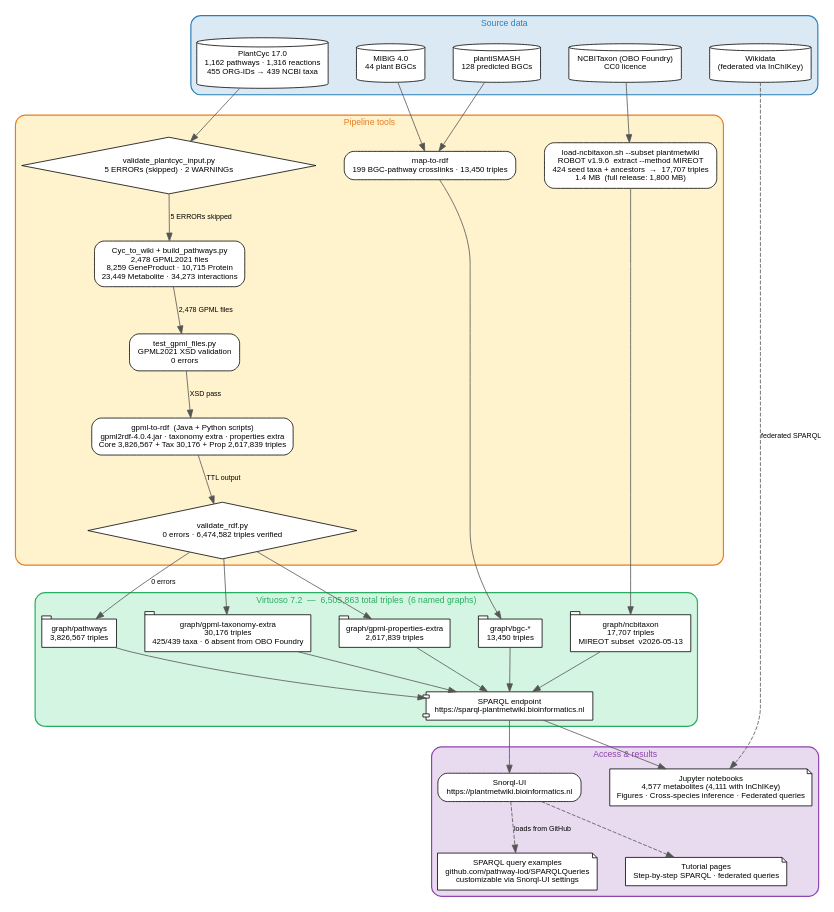
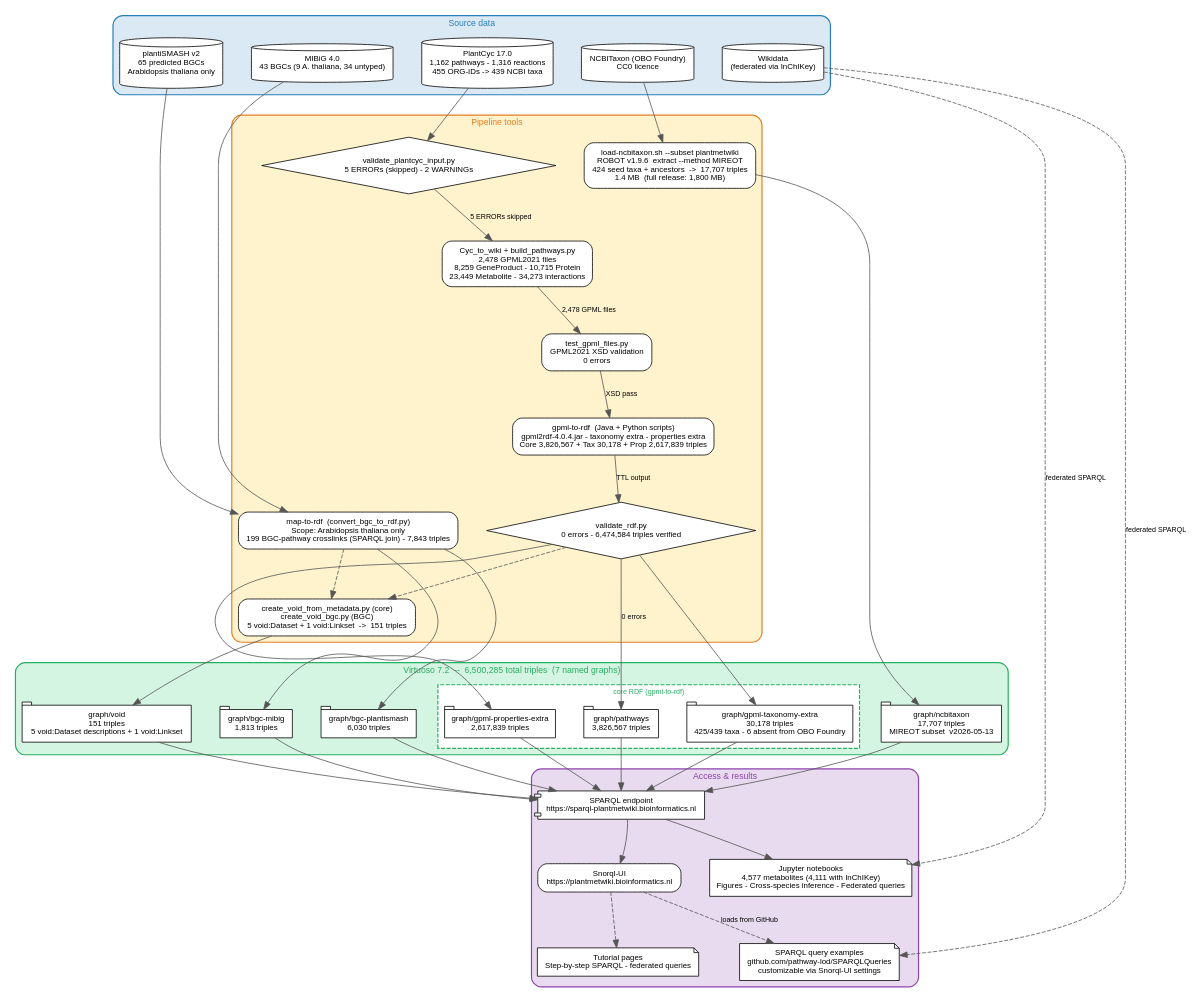
One commit to pathway-lod/gpml-to-rdf changed the diagram in notebooks/figures/output/figures/pipeline_overview.dot. Above: the diagram before and after it, drawn with Graphviz. The commit also changed 10 other files, not shown here.

First line of the commit message:
Overhaul notebook 06 pipeline overview: corrected stats, 7 named graphs, VoID stage

```diff
--- a/notebooks/figures/output/figures/pipeline_overview.dot
+++ b/notebooks/figures/output/figures/pipeline_overview.dot
@@ -1,96 +1,118 @@
 // PlantMetWiki data transformation pipeline
 digraph PlantMetWiki_pipeline {
 	bgcolor=white fontname=Arial fontsize=11 nodesep=0.5 rankdir=TB ranksep=0.7
 	node [fontname=Arial fontsize=10 margin="0.15,0.10"]
 	edge [color="#555555" fontname=Arial fontsize=9]
 	subgraph cluster_source {
 		color="#2980b9" fillcolor="#dbe9f4" fontcolor="#2980b9" fontname=Arial fontsize=11 label="Source data" penwidth=1.5 style="filled,rounded"
 		plantcyc [label="PlantCyc 17.0
-1,162 pathways · 1,316 reactions
-455 ORG-IDs → 439 NCBI taxa" fillcolor=white shape=cylinder style=filled]
+1,162 pathways - 1,316 reactions
+455 ORG-IDs -> 439 NCBI taxa" fillcolor=white shape=cylinder style=filled]
 		mibig [label="MIBiG 4.0
-44 plant BGCs" fillcolor=white shape=cylinder style=filled]
-		plantismash [label="plantiSMASH
-128 predicted BGCs" fillcolor=white shape=cylinder style=filled]
+43 BGCs (9 A. thaliana, 34 untyped)" fillcolor=white shape=cylinder style=filled]
+		plantismash [label="plantiSMASH v2
+65 predicted BGCs
+Arabidopsis thaliana only" fillcolor=white shape=cylinder style=filled]
 		ncbitaxon_src [label="NCBITaxon (OBO Foundry)
 CC0 licence" fillcolor=white shape=cylinder style=filled]
 		wikidata_src [label="Wikidata
 (federated via InChIKey)" fillcolor=white shape=cylinder style=filled]
 	}
 	subgraph cluster_tools {
 		color="#e67e22" fillcolor="#fef3cd" fontcolor="#e67e22" fontname=Arial fontsize=11 label="Pipeline tools" penwidth=1.5 style="filled,rounded"
 		validate [label="validate_plantcyc_input.py
-5 ERRORs (skipped) · 2 WARNINGs" fillcolor=white shape=diamond style=filled]
+5 ERRORs (skipped) - 2 WARNINGs" fillcolor=white shape=diamond style=filled]
 		cyc2wiki [label="Cyc_to_wiki + build_pathways.py
 2,478 GPML2021 files
-8,259 GeneProduct · 10,715 Protein
-23,449 Metabolite · 34,273 interactions" fillcolor=white shape=box style="filled,rounded"]
+8,259 GeneProduct - 10,715 Protein
+23,449 Metabolite - 34,273 interactions" fillcolor=white shape=box style="filled,rounded"]
 		xsd_val [label="test_gpml_files.py
 GPML2021 XSD validation
 0 errors" fillcolor=white shape=box style="filled,rounded"]
 		gpml2rdf [label="gpml-to-rdf  (Java + Python scripts)
-gpml2rdf-4.0.4.jar · taxonomy extra · properties extra
-Core 3,826,567 + Tax 30,176 + Prop 2,617,839 triples" fillcolor=white shape=box style="filled,rounded"]
+gpml2rdf-4.0.4.jar - taxonomy extra - properties extra
+Core 3,826,567 + Tax 30,178 + Prop 2,617,839 triples" fillcolor=white shape=box style="filled,rounded"]
 		rdf_validate [label="validate_rdf.py
-0 errors · 6,474,582 triples verified" fillcolor=white shape=diamond style=filled]
+0 errors - 6,474,584 triples verified" fillcolor=white ordering=out shape=diamond style=filled]
 		load_ncbi [label="load-ncbitaxon.sh --subset plantmetwiki
 ROBOT v1.9.6  extract --method MIREOT
-424 seed taxa + ancestors  →  17,707 triples
-1.4 MB  (full release: 1,800 MB)" fillcolor=white shape=box style="filled,rounded"]
-		map2rdf [label="map-to-rdf
-199 BGC-pathway crosslinks · 13,450 triples" fillcolor=white shape=box style="filled,rounded"]
+424 seed taxa + ancestors  ->  17,707 triples
+1.4 MB  (full release: 1,800 MB)" fillcolor=white ordering=out shape=box style="filled,rounded"]
+		map2rdf [label="map-to-rdf  (convert_bgc_to_rdf.py)
+Scope: Arabidopsis thaliana only
+199 BGC-pathway crosslinks (SPARQL join) - 7,843 triples" fillcolor=white ordering=out shape=box style="filled,rounded"]
+		void_create [label="create_void_from_metadata.py (core)
+create_void_bgc.py (BGC)
+5 void:Dataset + 1 void:Linkset  ->  151 triples" fillcolor=white ordering=out shape=box style="filled,rounded"]
 	}
 	subgraph cluster_virtuoso {
-		color="#27ae60" fillcolor="#d5f5e3" fontcolor="#27ae60" fontname=Arial fontsize=11 label="Virtuoso 7.2  —  6,505,863 total triples  (6 named graphs)" penwidth=1.5 style="filled,rounded"
-		g_pathways [label="graph/pathways
+		color="#27ae60" fillcolor="#d5f5e3" fontcolor="#27ae60" fontname=Arial fontsize=11 label="Virtuoso 7.2  --  6,500,285 total triples  (7 named graphs)" penwidth=1.5 style="filled,rounded"
+		subgraph cluster_core_graphs {
+			color="#27ae60" fontcolor="#27ae60" fontname=Arial fontsize=9 label="core RDF (gpml-to-rdf)" style=dashed
+			g_pathways [label="graph/pathways
 3,826,567 triples" fillcolor=white shape=tab style=filled]
-		g_taxextra [label="graph/gpml-taxonomy-extra
-30,176 triples
-425/439 taxa · 6 absent from OBO Foundry" fillcolor=white shape=tab style=filled]
-		g_propextra [label="graph/gpml-properties-extra
+			g_taxextra [label="graph/gpml-taxonomy-extra
+30,178 triples
+425/439 taxa - 6 absent from OBO Foundry" fillcolor=white shape=tab style=filled]
+			g_propextra [label="graph/gpml-properties-extra
 2,617,839 triples" fillcolor=white shape=tab style=filled]
-		g_bgc [label="graph/bgc-*
-13,450 triples" fillcolor=white shape=tab style=filled]
+		}
+		g_bgc_plantismash [label="graph/bgc-plantismash
+6,030 triples" fillcolor=white shape=tab style=filled]
+		g_bgc_mibig [label="graph/bgc-mibig
+1,813 triples" fillcolor=white shape=tab style=filled]
 		g_ncbi [label="graph/ncbitaxon
 17,707 triples
 MIREOT subset  v2026-05-13" fillcolor=white shape=tab style=filled]
-		sparql [label="SPARQL endpoint
-https://sparql-plantmetwiki.bioinformatics.nl" fillcolor=white shape=component style=filled]
+		g_void [label="graph/void
+151 triples
+5 void:Dataset descriptions + 1 void:Linkset" fillcolor=white shape=tab style=filled]
 	}
 	subgraph cluster_access {
 		color="#8e44ad" fillcolor="#e8daef" fontcolor="#8e44ad" fontname=Arial fontsize=11 label="Access & results" penwidth=1.5 style="filled,rounded"
+		sparql [label="SPARQL endpoint
+https://sparql-plantmetwiki.bioinformatics.nl" fillcolor=white shape=component style=filled]
 		snorql [label="Snorql-UI
 https://plantmetwiki.bioinformatics.nl" fillcolor=white shape=box style="filled,rounded"]
+		notebooks [label="Jupyter notebooks
+4,577 metabolites (4,111 with InChIKey)
+Figures - Cross-species inference - Federated queries" fillcolor=white shape=note style=filled]
 		sparql_examples [label="SPARQL query examples
 github.com/pathway-lod/SPARQLQueries
 customizable via Snorql-UI settings" fillcolor=white shape=note style=filled]
 		tutorials [label="Tutorial pages
-Step-by-step SPARQL · federated queries" fillcolor=white shape=note style=filled]
-		notebooks [label="Jupyter notebooks
-4,577 metabolites (4,111 with InChIKey)
-Figures · Cross-species inference · Federated queries" fillcolor=white shape=note style=filled]
+Step-by-step SPARQL - federated queries" fillcolor=white shape=note style=filled]
+		sparql -> snorql [style=invis]
+		sparql -> notebooks [style=invis]
 	}
 	plantcyc -> validate
 	validate -> cyc2wiki [label="5 ERRORs skipped"]
 	cyc2wiki -> xsd_val [label="2,478 GPML files"]
 	xsd_val -> gpml2rdf [label="XSD pass"]
 	gpml2rdf -> rdf_validate [label="TTL output"]
 	rdf_validate -> g_pathways [label="0 errors"]
 	rdf_validate -> g_taxextra
 	rdf_validate -> g_propextra
 	mibig -> map2rdf
 	plantismash -> map2rdf
-	map2rdf -> g_bgc
+	map2rdf -> g_bgc_plantismash
+	map2rdf -> g_bgc_mibig
 	ncbitaxon_src -> load_ncbi
 	load_ncbi -> g_ncbi
+	rdf_validate -> void_create [style=dashed]
+	map2rdf -> void_create [style=dashed]
+	void_create -> g_void
 	g_pathways -> sparql
 	g_taxextra -> sparql
 	g_propextra -> sparql
-	g_bgc -> sparql
+	g_bgc_plantismash -> sparql
+	g_bgc_mibig -> sparql
 	g_ncbi -> sparql
+	g_void -> sparql
 	sparql -> snorql
 	sparql -> notebooks
 	snorql -> sparql_examples [label="loads from GitHub" style=dashed]
 	snorql -> tutorials [style=dashed]
 	wikidata_src -> notebooks [label="federated SPARQL" style=dashed]
+	wikidata_src -> sparql_examples [label="federated SPARQL" style=dashed]
 }
```
